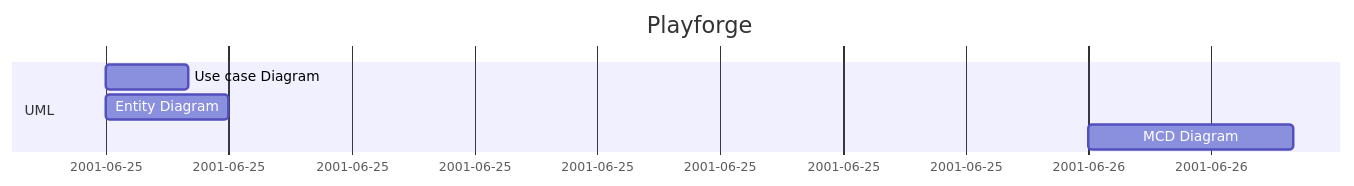
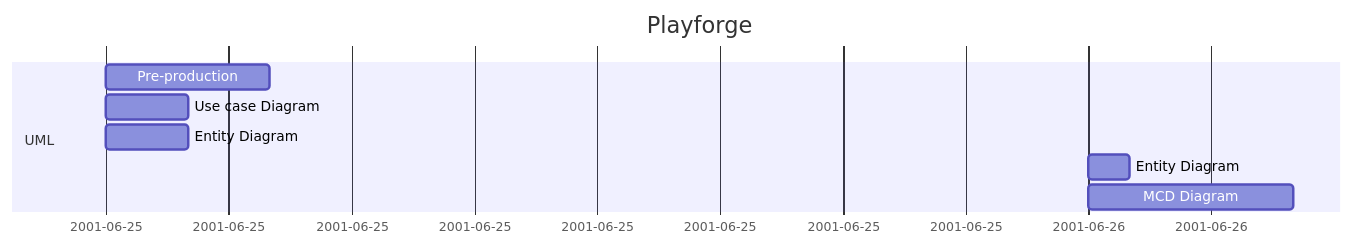
Before and after one commit to JameS-Gmz/api-Rest: the first of 3 diagrams in README.md, drawn with Mermaid.

````diff
--- a/README.md
+++ b/README.md
@@ -45,9 +45,11 @@
 ```mermaid
 gantt
     title Playforge
     dateFormat MM-DD-HH-MM
     section UML
+        Pre-production : 06-25, 4h
         Use case Diagram    :  06-25,2h
-        Entity Diagram    : after, 06-25, 3h
+        Entity Diagram    : 06-25, 2h
+        Entity Diagram    : 06-26, 1h
         MCD Diagram    : 06-26, 5h
 ```
````
